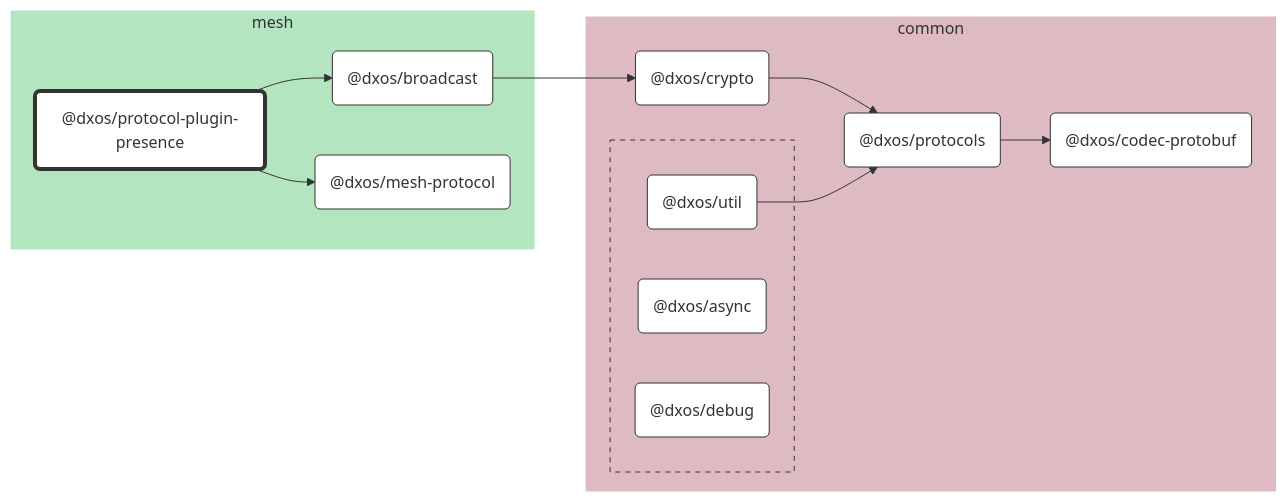
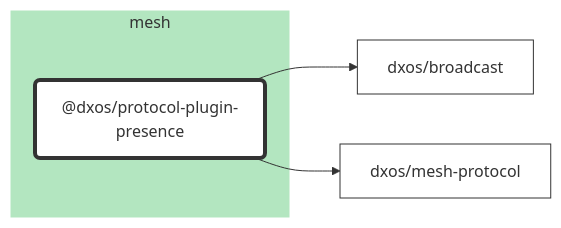
One commit to dxos/dxos changed the diagram in packages/mesh/protocol-plugin-presence/docs/README.md. Above: the diagram before and after it, drawn with Mermaid. The commit also changed 84 other files, not shown here.

````diff
--- a/packages/mesh/protocol-plugin-presence/docs/README.md
+++ b/packages/mesh/protocol-plugin-presence/docs/README.md
@@ -7,65 +7,22 @@
 ```mermaid
 %%{ init: {'flowchart':{'curve':'basis'}} }%%
 
 flowchart LR
 
-%% Links
-dxos/broadcast --> dxos/crypto;
-dxos/crypto --> dxos/protocols;
-dxos/protocol-plugin-presence --> dxos/broadcast;
-dxos/protocol-plugin-presence --> dxos/mesh-protocol;
-dxos/protocols --> dxos/codec-protobuf;
-dxos/util --> dxos/protocols;
+%% Classes
+classDef default fill:#fff,stroke:#333,stroke-width:1px
+classDef root fill:#fff,stroke:#333,stroke-width:4px
 
-%% Sections
-subgraph mesh
-  style mesh fill:#b3e6c0,stroke:#fff;
+%% Nodes
 
-  dxos/broadcast("@dxos/broadcast")
-  dxos/mesh-protocol("@dxos/mesh-protocol")
-  dxos/protocol-plugin-presence("@dxos/protocol-plugin-presence")
+subgraph mesh [mesh]
+  style mesh fill:#b3e6c0,stroke:#fff
+  dxos/protocol-plugin-presence("@dxos/protocol-plugin-presence"):::root
+  click dxos/protocol-plugin-presence "dxos/dxos/tree/main/packages/mesh/protocol-plugin-presence/docs"
 end
 
-subgraph common
-  style common fill:#debac2,stroke:#fff;
-
-  dxos/codec-protobuf("@dxos/codec-protobuf")
-  dxos/crypto("@dxos/crypto")
-  dxos/protocols("@dxos/protocols")
-
-  subgraph common-excluded [ ]
-    style common-excluded fill:#debac2,stroke:#333,stroke-dasharray:5 5;
-
-    dxos/async("@dxos/async")
-    dxos/debug("@dxos/debug")
-    dxos/util("@dxos/util")
-  end
-end
-
-
-%% Hyperlinks
-click dxos/async "dxos/dxos/tree/main/packages/common/async/docs";
-click dxos/broadcast "dxos/dxos/tree/main/packages/mesh/broadcast/docs";
-click dxos/codec-protobuf "dxos/dxos/tree/main/packages/common/codec-protobuf/docs";
-click dxos/crypto "dxos/dxos/tree/main/packages/common/crypto/docs";
-click dxos/debug "dxos/dxos/tree/main/packages/common/debug/docs";
-click dxos/mesh-protocol "dxos/dxos/tree/main/packages/mesh/mesh-protocol/docs";
-click dxos/protocols "dxos/dxos/tree/main/packages/common/protocols/docs";
-click dxos/util "dxos/dxos/tree/main/packages/common/util/docs";
-
-%% Styles
-classDef rootNode fill:#fff,stroke:#333,stroke-width:4px
-classDef defaultNode fill:#fff,stroke:#333,stroke-width:1px
+%% Links
 linkStyle default stroke:#333,stroke-width:1px
-
-dxos/protocol-plugin-presence:::rootNode
-
-dxos/async:::defaultNode
-dxos/broadcast:::defaultNode
-dxos/codec-protobuf:::defaultNode
-dxos/crypto:::defaultNode
-dxos/debug:::defaultNode
-dxos/mesh-protocol:::defaultNode
-dxos/protocols:::defaultNode
-dxos/util:::defaultNode
+dxos/protocol-plugin-presence --> dxos/broadcast
+dxos/protocol-plugin-presence --> dxos/mesh-protocol
 ```
````
